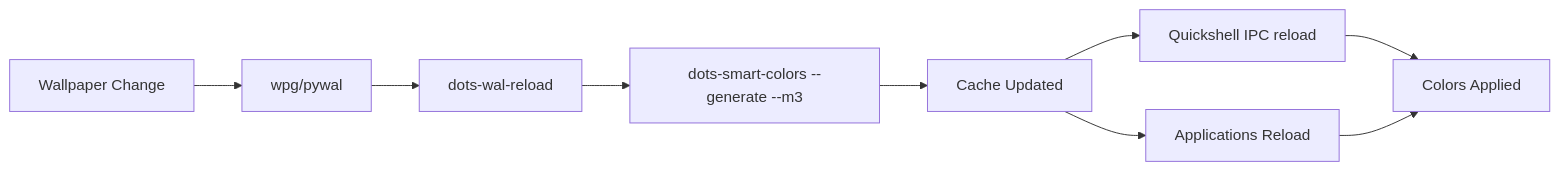
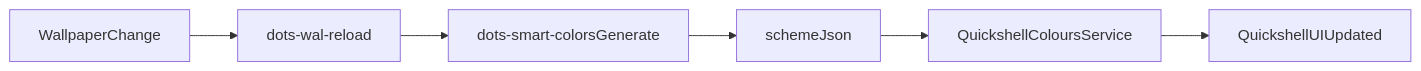
The diagram in docs/wiki/Smart-Colors-System.md (ulises-jeremias/dotfiles), drawn with Mermaid before and after one commit. The commit also changed other lines of this file and 55 other files, not shown here.

````diff
--- a/docs/wiki/Smart-Colors-System.md
+++ b/docs/wiki/Smart-Colors-System.md
@@ -267,11 +37,8 @@
 ```mermaid
-graph LR
-    A[Wallpaper Change] --> B[wpg/pywal]
-    B --> C[dots-wal-reload]
-    C --> D[dots-smart-colors --generate --m3]
-    D --> E[Cache Updated]
-    E --> E2[Quickshell IPC reload]
-    E2 --> G[Colors Applied]
-    E --> F[Applications Reload]
-    F --> G
+flowchart LR
+  wallpaper[WallpaperChange] --> wal[dots-wal-reload]
+  wal --> smart[dots-smart-colorsGenerate]
+  smart --> scheme[schemeJson]
+  scheme --> colours[QuickshellColoursService]
+  colours --> ui[QuickshellUIUpdated]
 ```
````
